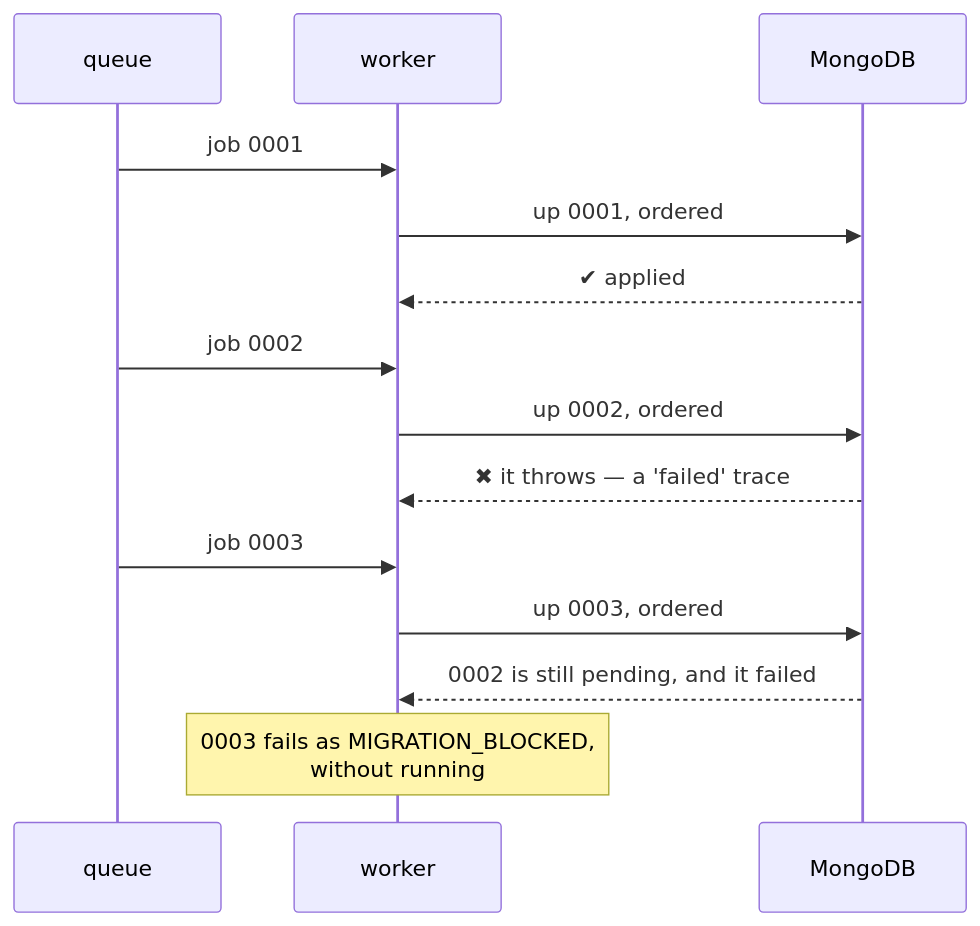
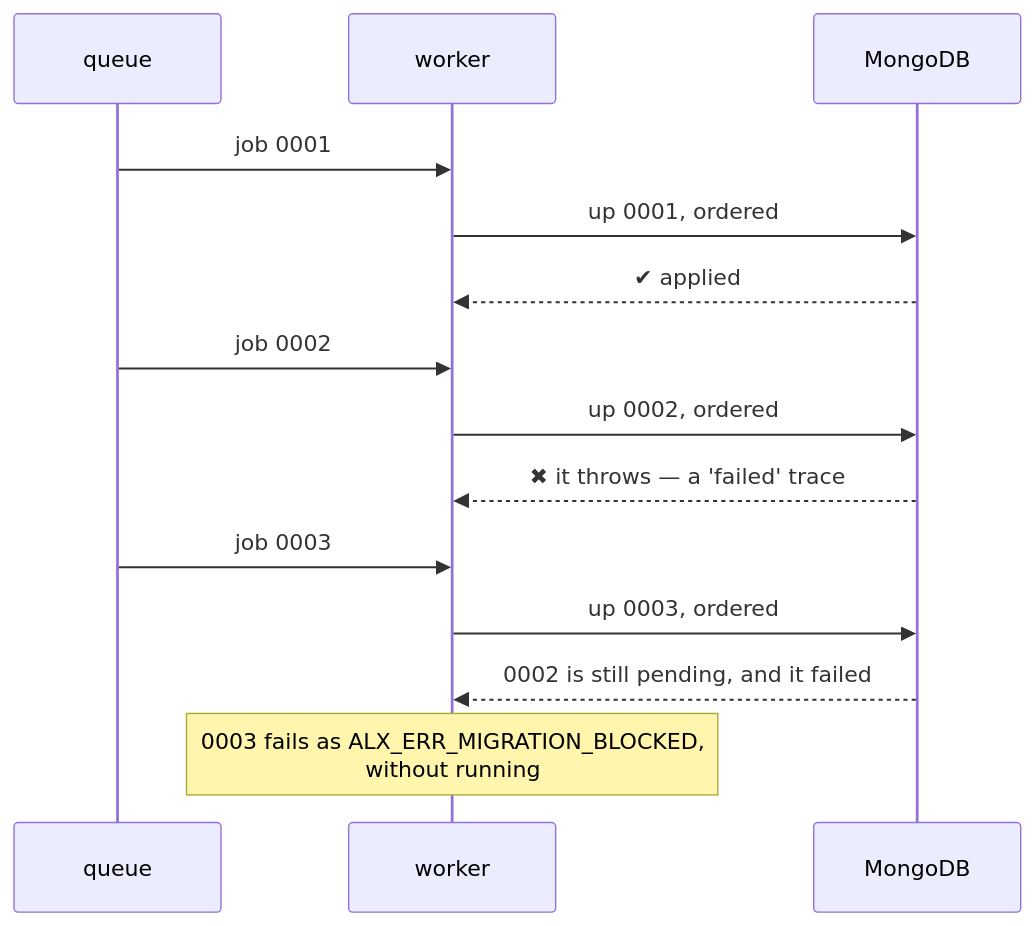
Before and after one commit to Alexis-Technologies/migronaut: the second of 3 diagrams in docs/guide/bullmq.md, drawn with Mermaid. The commit also changed other lines of this file and 310 other files, not shown here.

First line of the commit message:
Migronaut v3.0: ALX_ERR_ error codes, and the codebase on the alexiskills conventions (#10)

````diff
--- a/docs/guide/bullmq.md
+++ b/docs/guide/bullmq.md
@@ -161,17 +161,17 @@
 ```mermaid
 sequenceDiagram
   accTitle: A failed migration stops the line
   participant Q as queue
   participant W as worker
   participant DB as MongoDB
   Q->>W: job 0001
   W->>DB: up 0001, ordered
   DB-->>W: ✔ applied
   Q->>W: job 0002
   W->>DB: up 0002, ordered
   DB-->>W: ✖ it throws — a 'failed' trace
   Q->>W: job 0003
   W->>DB: up 0003, ordered
   DB-->>W: 0002 is still pending, and it failed
-  Note over W: 0003 fails as MIGRATION_BLOCKED,<br/>without running
+  Note over W: 0003 fails as ALX_ERR_MIGRATION_BLOCKED,<br/>without running
 ```
````
